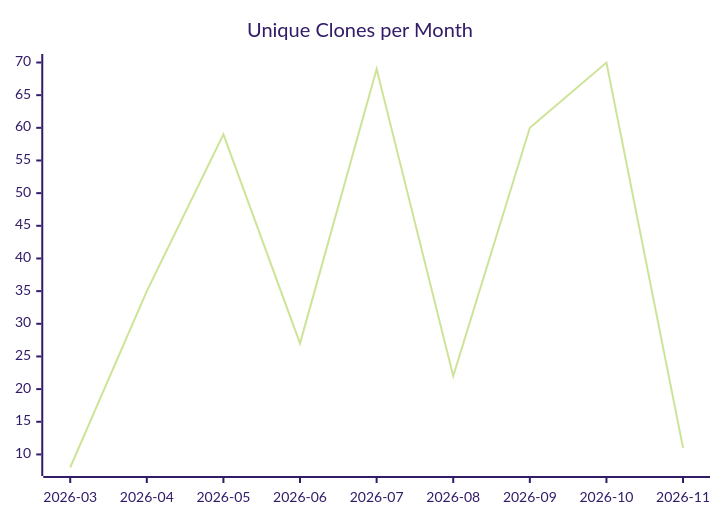
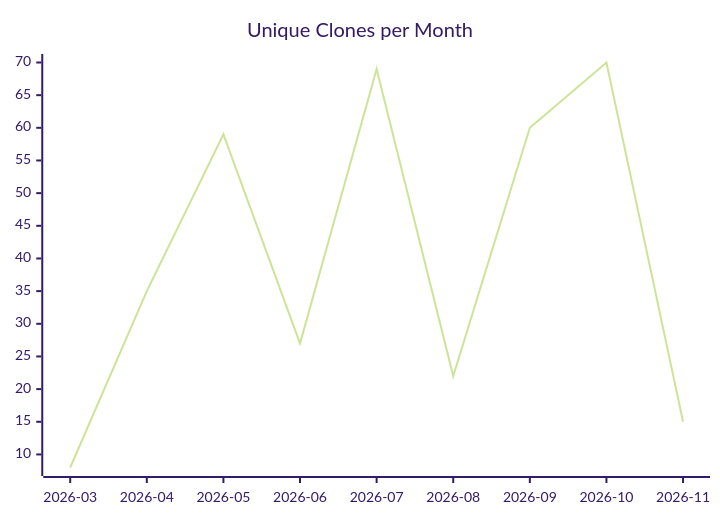
Before and after one commit to justdavis-family/github-analytics-data: the third of 3 diagrams in karlmdavis/fhir-benchmarks/README.md, drawn with Mermaid (forest theme). The commit also changed other lines of this file and 188 other files, not shown here.

````diff
--- a/karlmdavis/fhir-benchmarks/README.md
+++ b/karlmdavis/fhir-benchmarks/README.md
@@ -19,6 +19,6 @@
 ```mermaid
 xychart-beta
   title "Unique Clones per Month"
   x-axis ["2026-03", "2026-04", "2026-05", "2026-06", "2026-07", "2026-08", "2026-09", "2026-10", "2026-11"]
-  line [8, 35, 59, 27, 69, 22, 60, 70, 11]
+  line [8, 35, 59, 27, 69, 22, 60, 70, 15]
 ```
````
